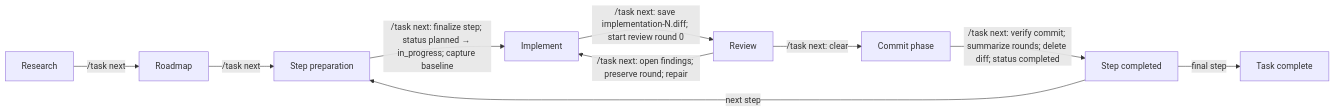
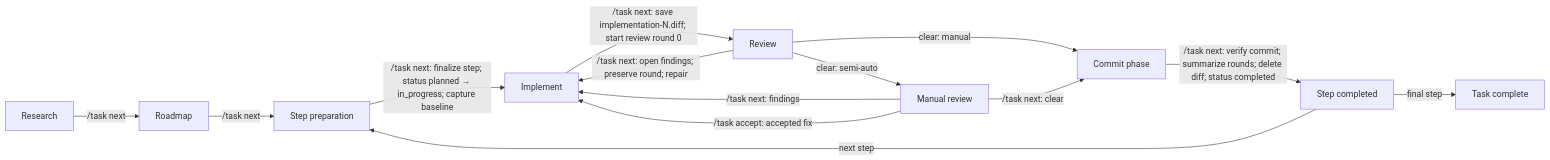
One commit to vladimir-popov/dotfiles changed the diagram in .pi/agent/extensions/task-workflow/README.md. Above: the diagram before and after it, drawn with Mermaid. The commit also changed other lines of this file and 1 other file, not shown here.

First line of the commit message:
Route manual-review findings before commit

````diff
--- a/.pi/agent/extensions/task-workflow/README.md
+++ b/.pi/agent/extensions/task-workflow/README.md
@@ -13,12 +18,16 @@
 ```mermaid
 flowchart LR
     A["Research"] -->|/task next| B["Roadmap"]
     B -->|/task next| C["Step preparation"]
     C -->|/task next: finalize step; status planned → in_progress; capture baseline| D["Implement"]
     D -->|/task next: save implementation-N.diff; start review round 0| E["Review"]
     E -->|/task next: open findings; preserve round; repair| D
-    E -->|/task next: clear| F["Commit phase"]
-    F -->|/task next: verify commit; summarize rounds; delete diff; status completed| G["Step completed"]
-    G -->|next step| C
-    G -->|final step| H["Task complete"]
+    E -->|clear: semi-auto| F["Manual review"]
+    E -->|clear: manual| G["Commit phase"]
+    F -->|/task next: findings| D
+    F -->|/task accept: accepted fix| D
+    F -->|/task next: clear| G
+    G -->|/task next: verify commit; summarize rounds; delete diff; status completed| H["Step completed"]
+    H -->|next step| C
+    H -->|final step| I["Task complete"]
 ```
````
